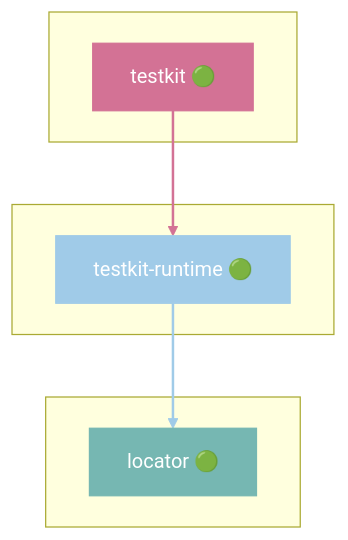
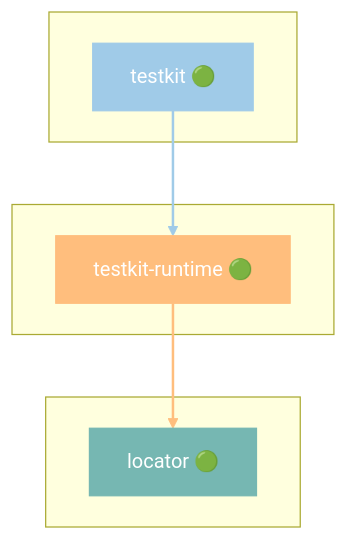
Before and after one commit to grest-ts/grest-ts: diagram 36 of 41 in docs/DEPENDENCIES.md, drawn with Mermaid. The commit also changed other lines of this file and 31 other files, not shown here.

````diff
--- a/docs/DEPENDENCIES.md
+++ b/docs/DEPENDENCIES.md
@@ -1655,19 +1667,19 @@
 ```mermaid
 flowchart TB
     subgraph Dependents[" "]
         testkit["testkit 🟢"]
     end
     subgraph Package[" "]
         testkit-runtime["testkit-runtime 🟢"]
     end
     subgraph Dependencies[" "]
         locator["locator 🟢"]
     end
     testkit --> testkit-runtime
     testkit-runtime --> locator
-    style testkit-runtime fill:#A0CBE8,stroke:#A0CBE8,color:#fff
-    style testkit fill:#D37295,stroke:#D37295,color:#fff
+    style testkit-runtime fill:#FFBE7D,stroke:#FFBE7D,color:#fff
+    style testkit fill:#A0CBE8,stroke:#A0CBE8,color:#fff
     style locator fill:#76B7B2,stroke:#76B7B2,color:#fff
-    linkStyle 0 stroke:#D37295,stroke-width:2px
-    linkStyle 1 stroke:#A0CBE8,stroke-width:2px
+    linkStyle 0 stroke:#A0CBE8,stroke-width:2px
+    linkStyle 1 stroke:#FFBE7D,stroke-width:2px
 ```
````
